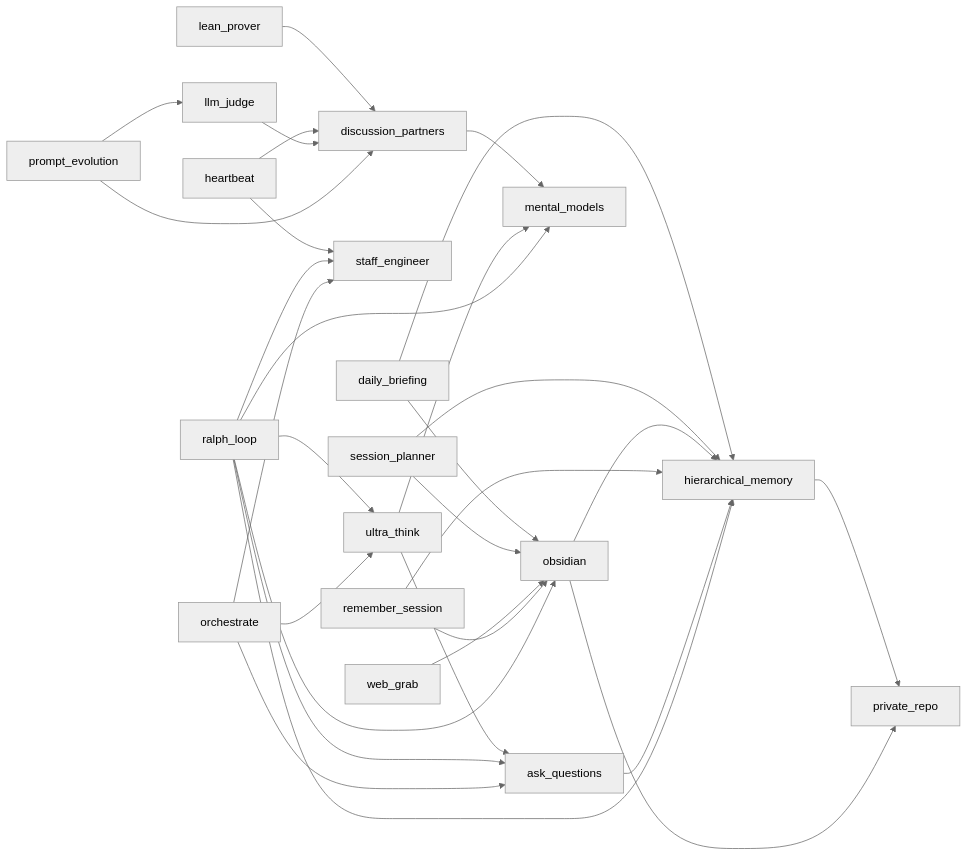
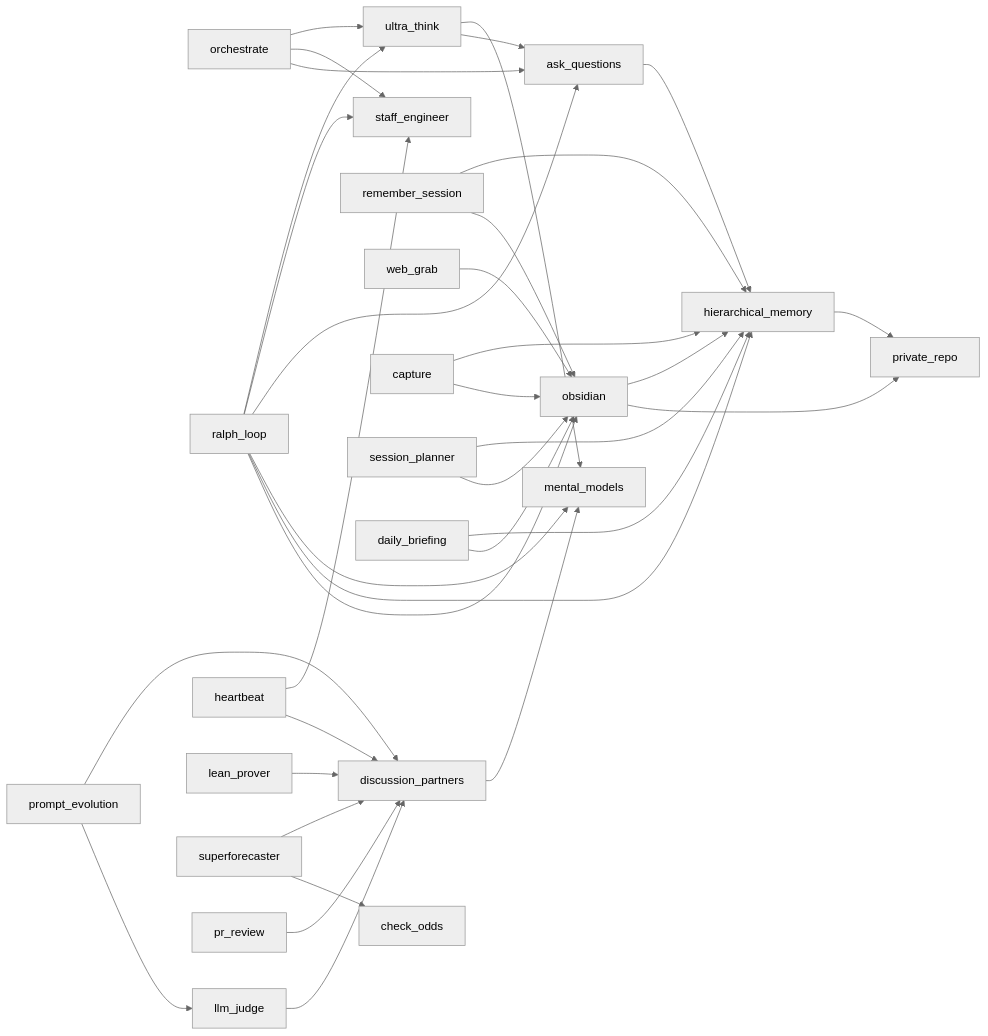
Before and after one commit to zachmayer/skills: the diagram in README.md, drawn with Mermaid (neutral theme). The commit also changed other lines of this file and 1 other file, not shown here.

First line of the commit message:
Fix internal consistency: README inventory, skill graph, CLAUDE.md #292

````diff
--- a/README.md
+++ b/README.md
@@ -102,32 +108,37 @@
 ```mermaid
 graph LR
     orchestrate --> ultra_think
     orchestrate --> staff_engineer
     orchestrate --> ask_questions
     ralph_loop --> ultra_think
     ralph_loop --> staff_engineer
     ralph_loop --> ask_questions
     ralph_loop --> mental_models
     ralph_loop --> hierarchical_memory
     ralph_loop --> obsidian
     ultra_think --> mental_models
     ultra_think --> ask_questions
     ask_questions --> hierarchical_memory
     prompt_evolution --> discussion_partners
     prompt_evolution --> llm_judge
     llm_judge --> discussion_partners
     discussion_partners --> mental_models
     remember_session --> hierarchical_memory
     remember_session --> obsidian
     heartbeat --> staff_engineer
     heartbeat --> discussion_partners
     obsidian --> hierarchical_memory
     obsidian --> private_repo
     hierarchical_memory --> private_repo
     web_grab --> obsidian
     lean_prover --> discussion_partners
+    superforecaster --> discussion_partners
+    superforecaster --> check_odds
+    pr_review --> discussion_partners
+    capture --> hierarchical_memory
+    capture --> obsidian
     session_planner --> hierarchical_memory
     session_planner --> obsidian
     daily_briefing --> hierarchical_memory
     daily_briefing --> obsidian
 ```
````
